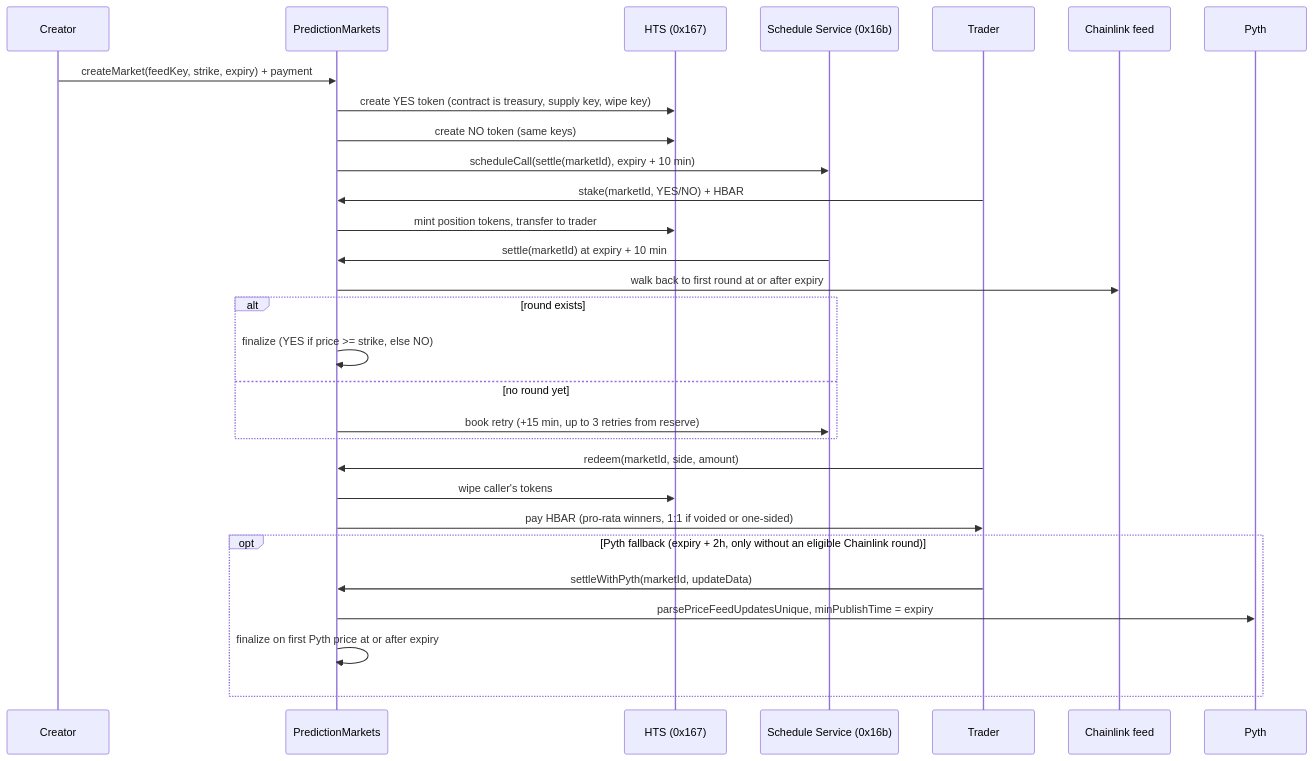
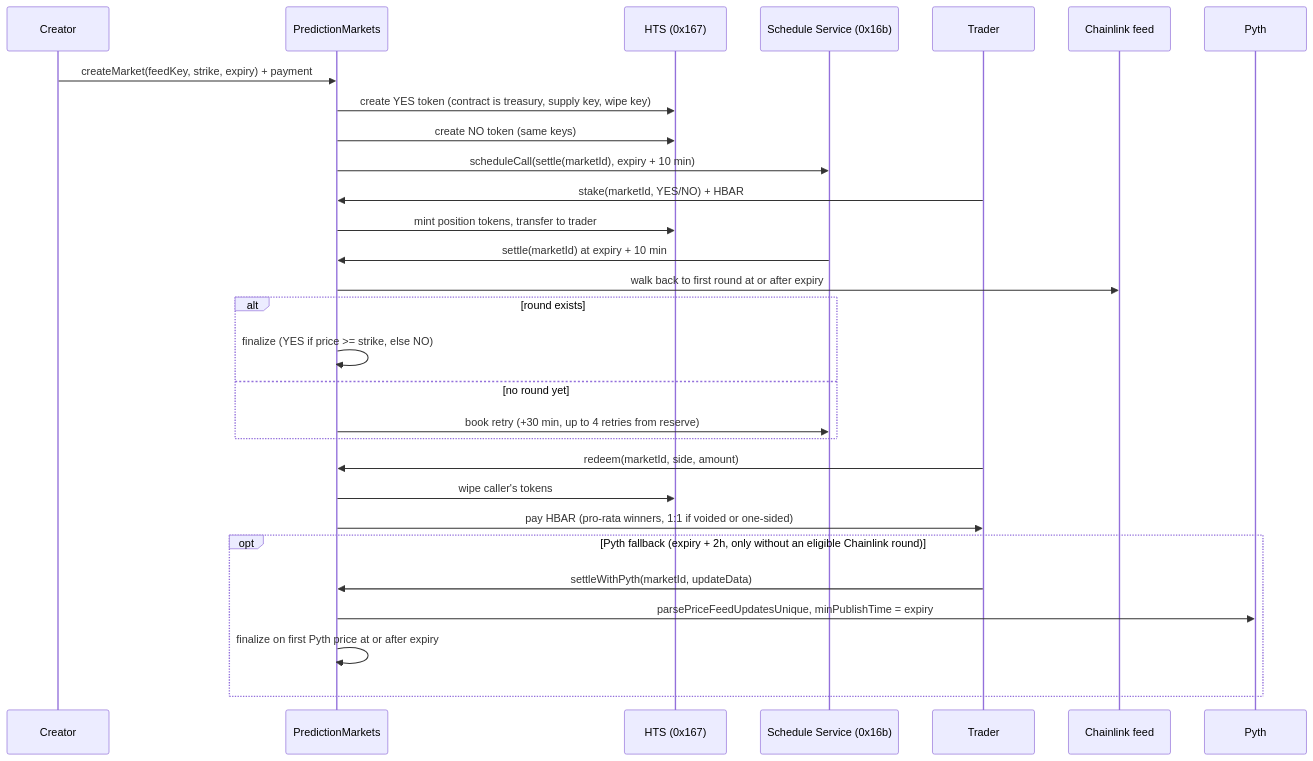
One commit to superhbar/prediction-market changed the diagram in README.md. Above: the diagram before and after it, drawn with Mermaid. The commit also changed other lines of this file and 4 other files, not shown here.

````diff
--- a/README.md
+++ b/README.md
@@ -87,32 +87,32 @@
 ```mermaid
 sequenceDiagram
     participant Creator
     participant PM as PredictionMarkets
     participant HTS as HTS (0x167)
     participant HSS as Schedule Service (0x16b)
     participant Trader
     participant CL as Chainlink feed
     participant Pyth
 
     Creator->>PM: createMarket(feedKey, strike, expiry) + payment
     PM->>HTS: create YES token (contract is treasury, supply key, wipe key)
     PM->>HTS: create NO token (same keys)
     PM->>HSS: scheduleCall(settle(marketId), expiry + 10 min)
     Trader->>PM: stake(marketId, YES/NO) + HBAR
     PM->>HTS: mint position tokens, transfer to trader
     HSS->>PM: settle(marketId) at expiry + 10 min
     PM->>CL: walk back to first round at or after expiry
     alt round exists
         PM->>PM: finalize (YES if price >= strike, else NO)
     else no round yet
-        PM->>HSS: book retry (+15 min, up to 3 retries from reserve)
+        PM->>HSS: book retry (+30 min, up to 4 retries from reserve)
     end
     Trader->>PM: redeem(marketId, side, amount)
     PM->>HTS: wipe caller's tokens
     PM->>Trader: pay HBAR (pro-rata winners, 1:1 if voided or one-sided)
     opt Pyth fallback (expiry + 2h, only without an eligible Chainlink round)
         Trader->>PM: settleWithPyth(marketId, updateData)
         PM->>Pyth: parsePriceFeedUpdatesUnique, minPublishTime = expiry
         PM->>PM: finalize on first Pyth price at or after expiry
     end
 ```
````
